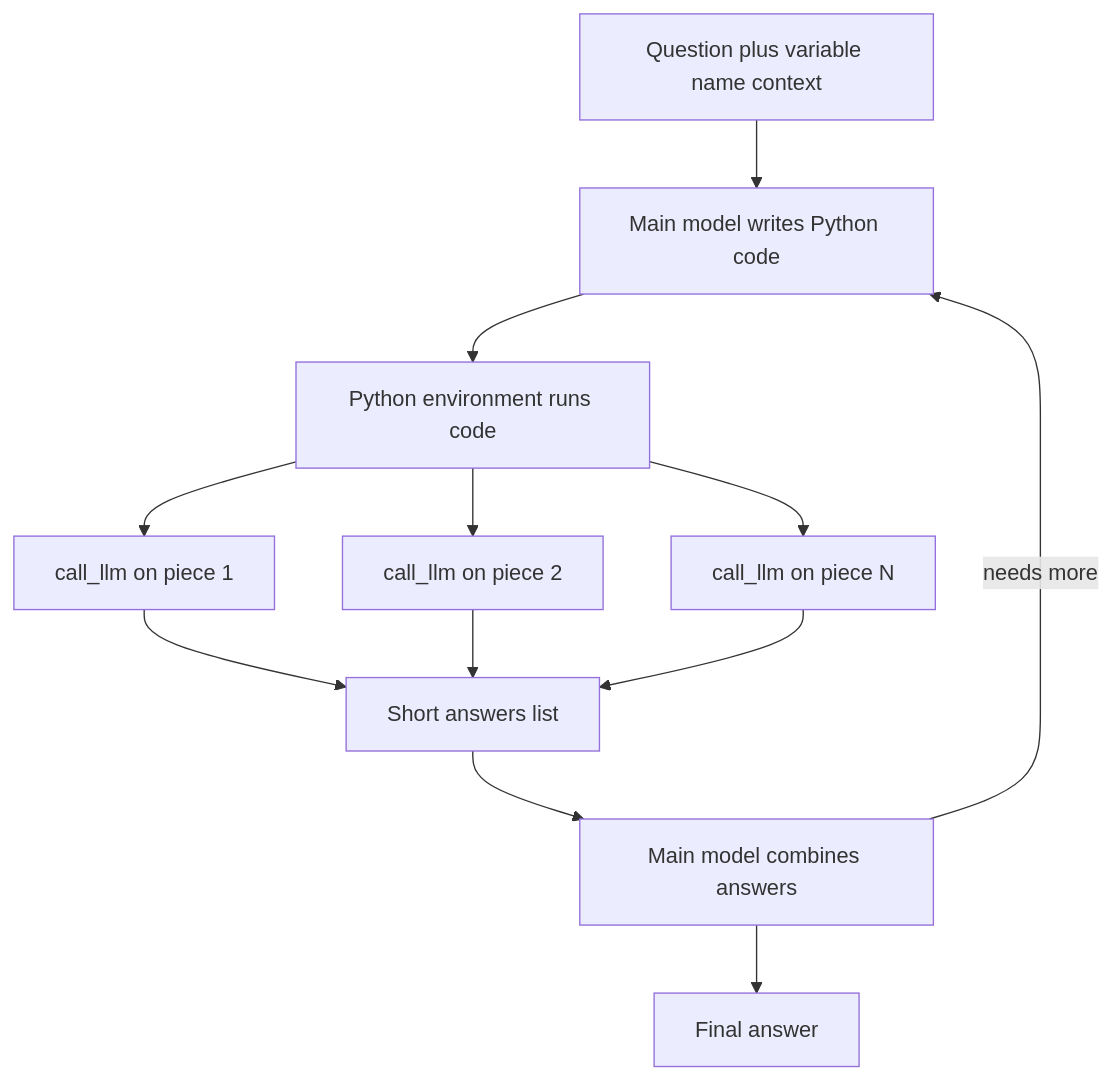
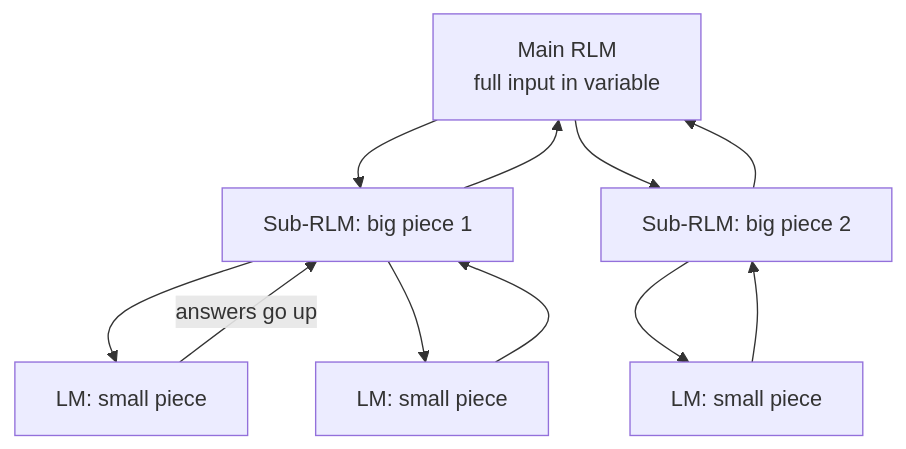
Before and after one commit to kaisarnajar/outcome-school-blogs: the second of 2 diagrams in notes/step-06-types-of-language-models/079-recursive-language-models.md, drawn with Mermaid. The commit also changed other lines of this file and 233 other files, not shown here.

````diff
--- a/notes/step-06-types-of-language-models/079-recursive-language-models.md
+++ b/notes/step-06-types-of-language-models/079-recursive-language-models.md
@@ -43,14 +68,13 @@
 ```mermaid
 flowchart TD
-    A["Question plus variable name context"] --> B["Main model writes Python code"]
-    B --> C["Python environment runs code"]
-    C --> D["call_llm on piece 1"]
-    C --> E["call_llm on piece 2"]
-    C --> F["call_llm on piece N"]
-    D --> G["Short answers list"]
-    E --> G
-    F --> G
-    G --> H["Main model combines answers"]
-    H -->|"needs more"| B
-    H --> I["Final answer"]
+R1["Main RLM<br/>full input in variable"] --> A1["Sub-RLM: big piece 1"]
+R1 --> A2["Sub-RLM: big piece 2"]
+A1 --> B1["LM: small piece"]
+A1 --> B2["LM: small piece"]
+A2 --> B3["LM: small piece"]
+B1 -->|"answers go up"| A1
+B2 --> A1
+B3 --> A2
+A1 --> R1
+A2 --> R1
 ```
````
